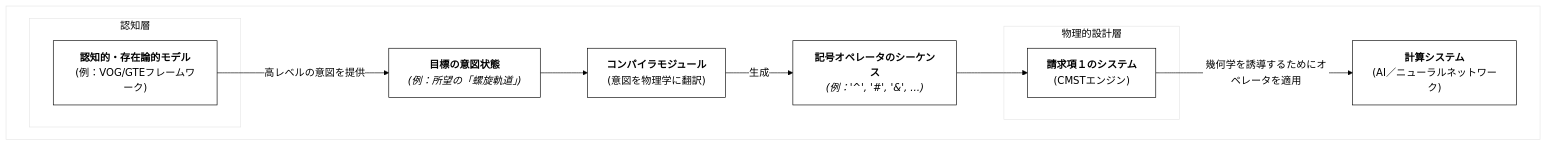
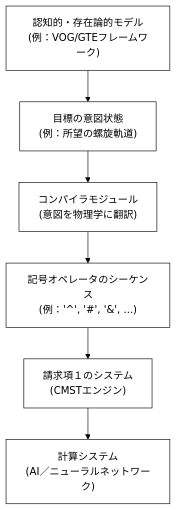
Diagram 20 of 20 in WSP_knowledge/docs/Papers/Patent_Series/04_rESP_Patent_Japanese.md (Foundup/Foundups-Agent), drawn with Mermaid before and after one commit. The commit also changed other lines of this file, not shown here.

Commit message:
Fix Mermaid diagram rendering issues in Japanese patent - Replace mathematical symbols with ASCII for cross-platform compatibility

````diff
--- a/WSP_knowledge/docs/Papers/Patent_Series/04_rESP_Patent_Japanese.md
+++ b/WSP_knowledge/docs/Papers/Patent_Series/04_rESP_Patent_Japanese.md
@@ -523,27 +516,16 @@
 ```mermaid
 %%{init: {'theme':'base', 'themeVariables': {'primaryColor': '#ffffff', 'primaryTextColor': '#000000', 'primaryBorderColor': '#000000', 'lineColor': '#000000', 'secondaryColor': '#ffffff', 'tertiaryColor': '#ffffff'}}}%%
 graph TD
-    subgraph " "
-        subgraph "認知層"
-            A["<b>認知的・存在論的モデル</b><br/>(例：VOG/GTEフレームワーク)"]
-        end
-
-        B["<b>目標の意図状態</b><br><i>(例：所望の「螺旋軌道」)</i>"]
-
-        C["<b>コンパイラモジュール</b><br/>(意図を物理学に翻訳)"]
-
-        D["<b>記号オペレータのシーケンス</b><br><i>(例：'^', '#', '&', ...)</i>"]
-
-        subgraph "物理的設計層"
-            E["<b>請求項１のシステム</b><br/>(CMSTエンジン)"]
-        end
-
-        F["<b>計算システム</b><br/>(AI／ニューラルネットワーク)"]
-        
-        A -- "高レベルの意図を提供" --> B
-        B --> C
-        C -- "生成" --> D
-        D --> E
-        E -- "幾何学を誘導するためにオペレータを適用" --> F
-    end
+    A["認知的・存在論的モデル<br/>(例：VOG/GTEフレームワーク)"]
+    B["目標の意図状態<br/>(例：所望の螺旋軌道)"]
+    C["コンパイラモジュール<br/>(意図を物理学に翻訳)"]
+    D["記号オペレータのシーケンス<br/>(例：'^', '#', '&', ...)"]
+    E["請求項１のシステム<br/>(CMSTエンジン)"]
+    F["計算システム<br/>(AI／ニューラルネットワーク)"]
+    
+    A --> B
+    B --> C
+    C --> D
+    D --> E
+    E --> F
 ```
````
